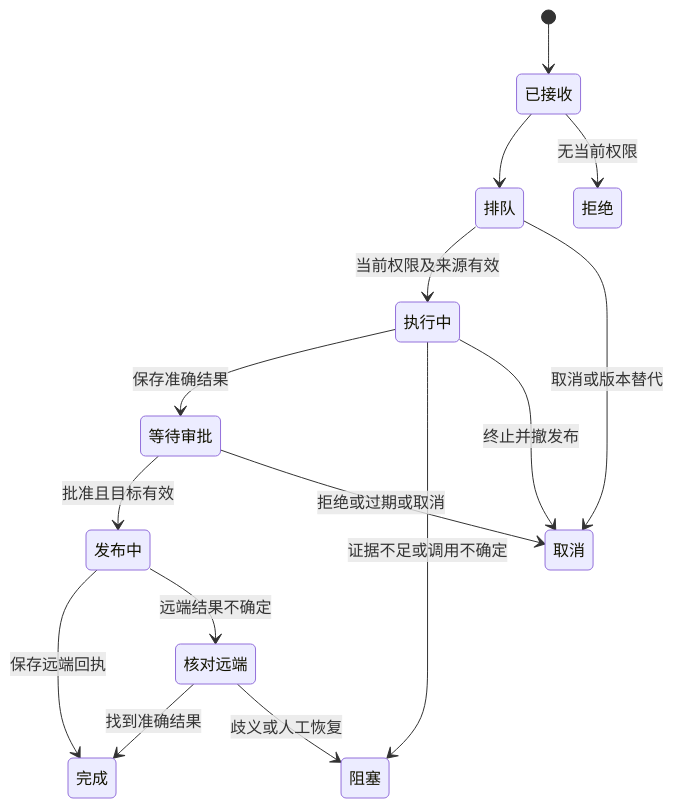
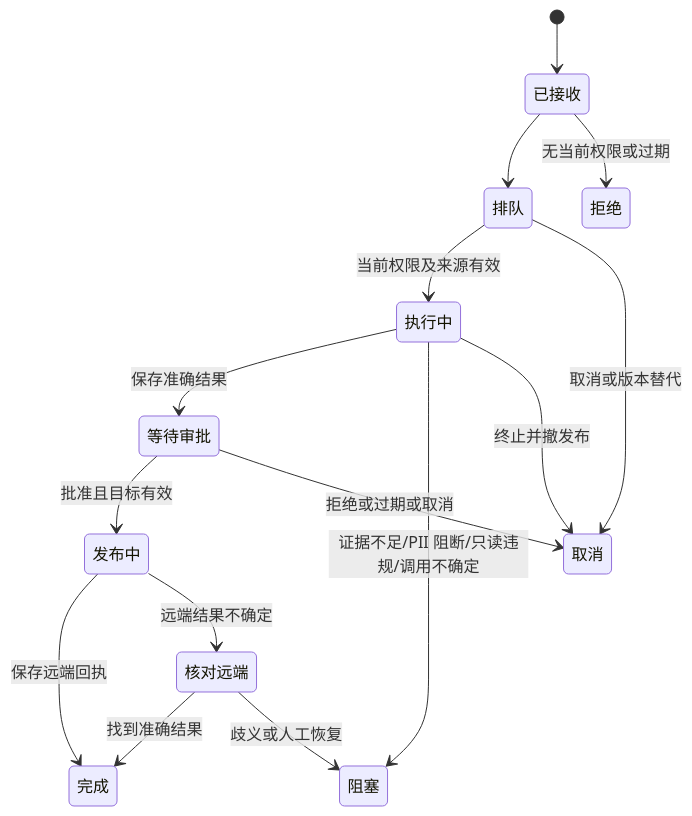
One commit to MaxQian888/cognia-next changed the second of 2 diagrams in docs/plans/2026-10-12-github-comment-trigger.md. Above: the diagram before and after it, drawn with Mermaid. The commit also changed other lines of this file, not shown here.

````diff
--- a/docs/plans/2026-10-12-github-comment-trigger.md
+++ b/docs/plans/2026-10-12-github-comment-trigger.md
@@ -278,27 +329,27 @@
 ```mermaid
 stateDiagram-v2
   state "已接收" as Admitted
   state "排队" as Queued
   state "执行中" as Executing
   state "等待审批" as AwaitingDecision
   state "发布中" as Publishing
   state "完成" as Completed
   state "核对远端" as Reconcile
   state "阻塞" as Blocked
   state "拒绝" as Denied
   state "取消" as Cancelled
   [*] --> Admitted
   Admitted --> Queued
   Queued --> Executing: 当前权限及来源有效
   Executing --> AwaitingDecision: 保存准确结果
   AwaitingDecision --> Publishing: 批准且目标有效
   Publishing --> Completed: 保存远端回执
   Publishing --> Reconcile: 远端结果不确定
   Reconcile --> Completed: 找到准确结果
   Reconcile --> Blocked: 歧义或人工恢复
-  Executing --> Blocked: 证据不足或调用不确定
-  Admitted --> Denied: 无当前权限
+  Executing --> Blocked: 证据不足/PII 阻断/只读违规/调用不确定
+  Admitted --> Denied: 无当前权限或过期
   Queued --> Cancelled: 取消或版本替代
   Executing --> Cancelled: 终止并撤发布
   AwaitingDecision --> Cancelled: 拒绝或过期或取消
 ```
````
